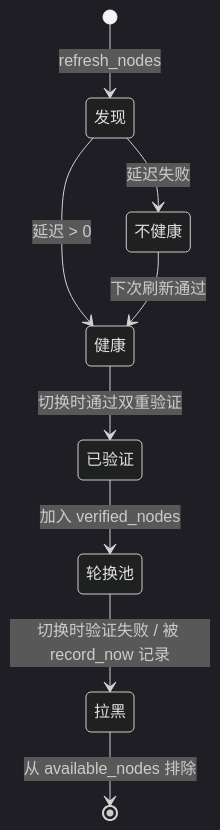
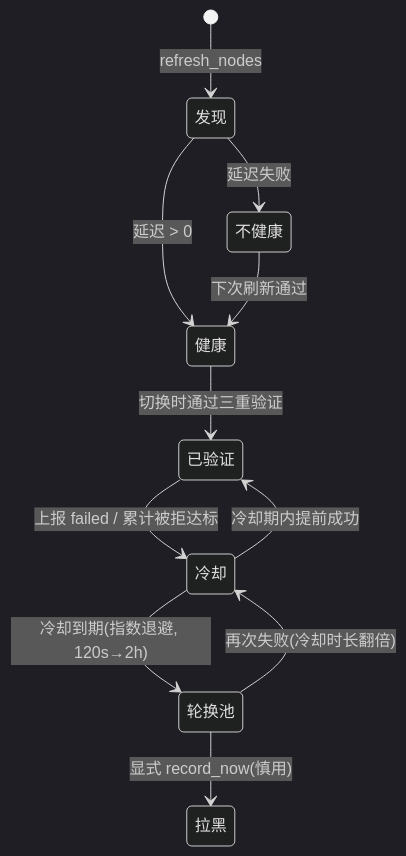
Before and after one commit to jimmy-Smile-ltl/clash_proxy: the diagram in docs/logic.md, drawn with Mermaid (dark theme). The commit also changed other lines of this file and 16 other files, not shown here.

````diff
--- a/docs/logic.md
+++ b/docs/logic.md
@@ -60,11 +67,13 @@
 ```mermaid
 stateDiagram-v2
     [*] --> 发现: refresh_nodes
     发现 --> 健康: 延迟 > 0
     发现 --> 不健康: 延迟失败
     不健康 --> 健康: 下次刷新通过
-    健康 --> 已验证: 切换时通过双重验证
-    已验证 --> 轮换池: 加入 verified_nodes
-    轮换池 --> 拉黑: 切换时验证失败 / 被 record_now 记录
-    拉黑 --> [*]: 从 available_nodes 排除
+    健康 --> 已验证: 切换时通过三重验证
+    已验证 --> 冷却: 上报 failed / 累计被拒达标
+    冷却 --> 轮换池: 冷却到期(指数退避, 120s→2h)
+    冷却 --> 已验证: 冷却期内提前成功
+    轮换池 --> 冷却: 再次失败(冷却时长翻倍)
+    轮换池 --> 拉黑: 显式 record_now(慎用)
 ```
````
